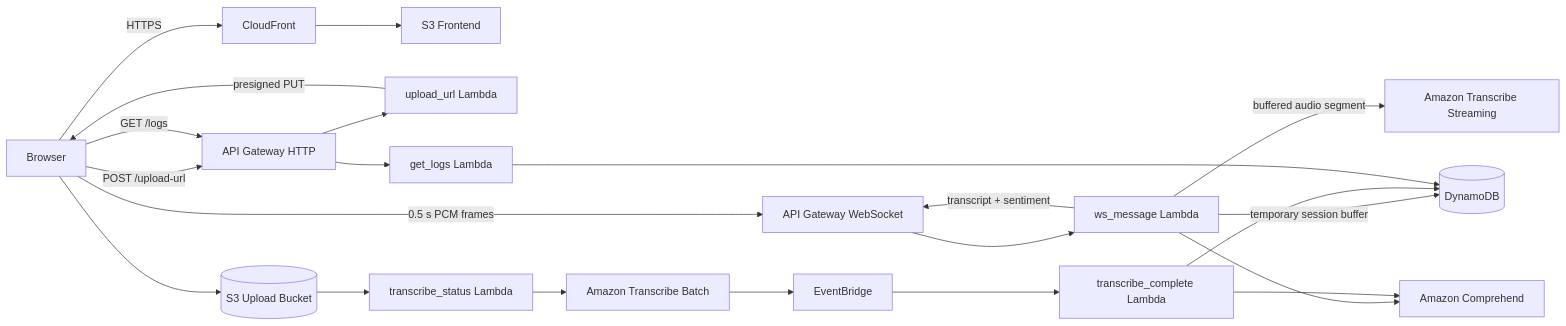
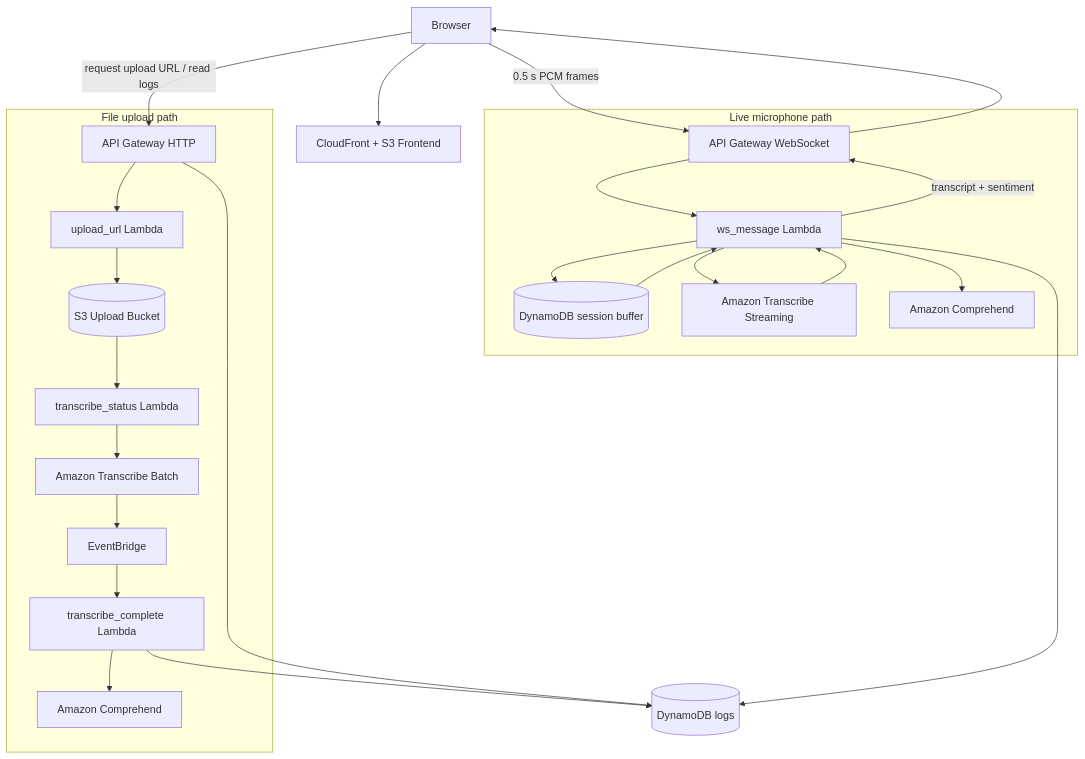
Before and after one commit to SahilBh01r1769/aws-audio-transcription-sentiment: the diagram in README.md, drawn with Mermaid. The commit also changed other lines of this file, not shown here.

````diff
--- a/README.md
+++ b/README.md
@@ -34,28 +64,52 @@
 ```mermaid
-flowchart LR
-    U[Browser] -->|HTTPS| CF[CloudFront]
-    CF --> FE[S3 Frontend]
+flowchart TB
+    U[Browser]
+    CF[CloudFront + S3 Frontend]
 
-    U -->|0.5 s PCM frames| WS[API Gateway WebSocket]
-    WS --> WM[ws_message Lambda]
-    WM -->|temporary session buffer| DDB[(DynamoDB)]
-    WM -->|buffered audio segment| TS[Amazon Transcribe Streaming]
-    WM --> C[Amazon Comprehend]
+    U --> CF
+
+    subgraph LIVE[Live microphone path]
+        WS[API Gateway WebSocket]
+        WM[ws_message Lambda]
+        BUF[(DynamoDB session buffer)]
+        TS[Amazon Transcribe Streaming]
+        C1[Amazon Comprehend]
+
+        WS --> WM
+        WM --> BUF
+        BUF --> WM
+        WM --> TS
+        TS --> WM
+        WM --> C1
+    end
+
+    subgraph BATCH[File upload path]
+        HTTP[API Gateway HTTP]
+        UL[upload_url Lambda]
+        S3[(S3 Upload Bucket)]
+        ST[transcribe_status Lambda]
+        TB[Amazon Transcribe Batch]
+        EB[EventBridge]
+        TC[transcribe_complete Lambda]
+        C2[Amazon Comprehend]
+
+        HTTP --> UL
+        UL --> S3
+        S3 --> ST
+        ST --> TB
+        TB --> EB
+        EB --> TC
+        TC --> C2
+    end
+
+    LOGS[(DynamoDB logs)]
+
+    U -->|0.5 s PCM frames| WS
     WM -->|transcript + sentiment| WS
+    WS --> U
 
-    U -->|POST /upload-url| HTTP[API Gateway HTTP]
-    HTTP --> UL[upload_url Lambda]
-    UL -->|presigned PUT| U
-    U --> S3[(S3 Upload Bucket)]
-
-    S3 --> ST[transcribe_status Lambda]
-    ST --> TB[Amazon Transcribe Batch]
-    TB --> EB[EventBridge]
-    EB --> TC[transcribe_complete Lambda]
-    TC --> C
-    TC --> DDB
-
-    U -->|GET /logs| HTTP
-    HTTP --> GL[get_logs Lambda]
-    GL --> DDB
+    U -->|request upload URL / read logs| HTTP
+    TC --> LOGS
+    WM --> LOGS
+    HTTP --> LOGS
 ```
````
